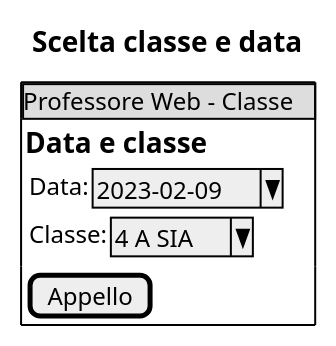
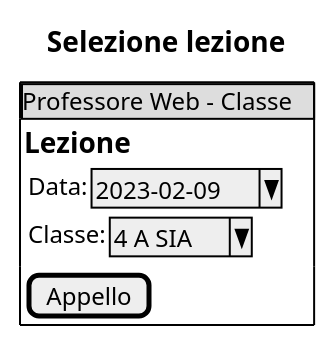
One commit to gionatamassibenincasa/materiale-didattico-per-argomento changed the fourth of 15 diagrams in analisi-e-progettazione-software/problemi/prove_orali/prove_orali.md. Above: the diagram before and after it, drawn with PlantUML. The commit also changed other lines of this file and 9 other files, not shown here.

Commit message:
Aggiornati diagrammi

````diff
--- a/analisi-e-progettazione-software/problemi/prove_orali/prove_orali.md
+++ b/analisi-e-progettazione-software/problemi/prove_orali/prove_orali.md
@@ -90,16 +170,14 @@
-```plantuml
 @startsalt
-title Scelta classe e data
+title Selezione lezione
 {+
 {* Professore Web - Classe}
 {
-== Data e classe
+== Lezione
 {
 {Data:   | ^2023-02-09^ }
 {Classe: | ^4 A SIA^ }
 }
 }
 { [Appello] }
 }
 @endsalt
-```
````
